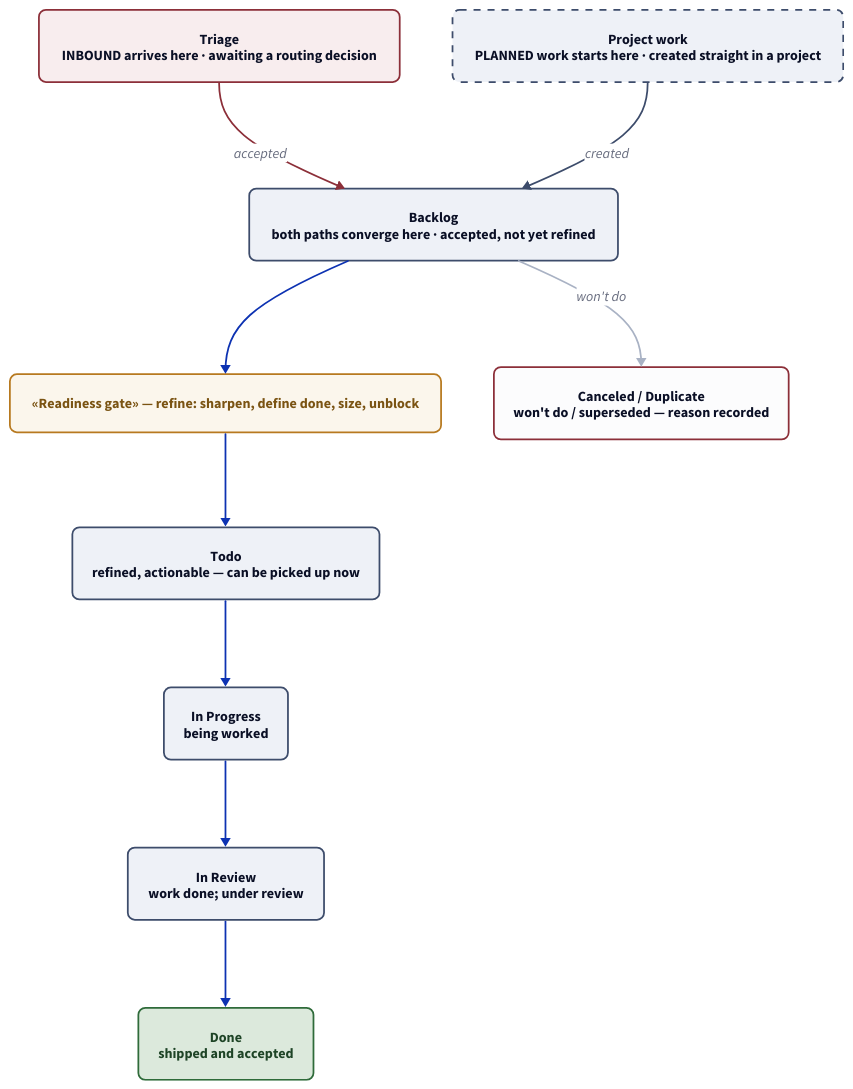
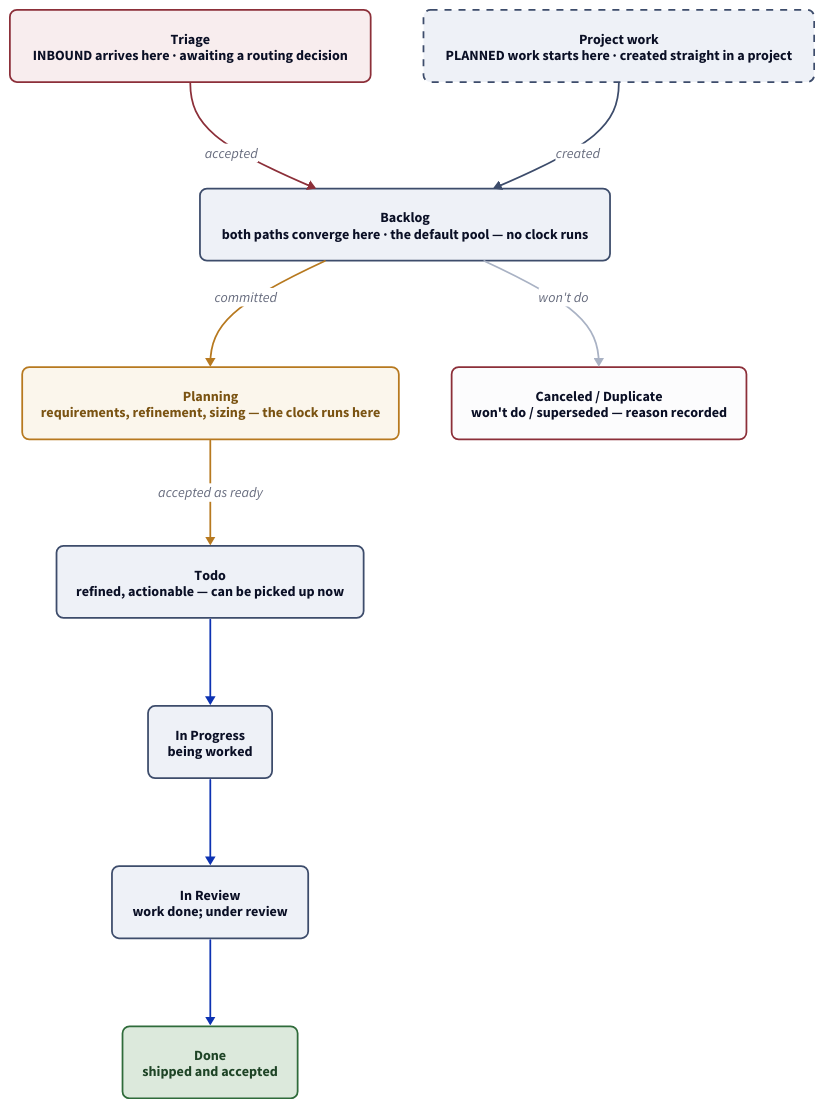
Before and after one commit to hungovercoders/linear-work-management: the diagram in docs/diagrams/issue-lifecycle.d2, drawn with D2. The commit also changed 6 other files, not shown here.

```diff
--- a/docs/diagrams/issue-lifecycle.d2
+++ b/docs/diagrams/issue-lifecycle.d2
@@ -1,53 +1,53 @@
 # Issue lifecycle: how one issue moves from arrival to done.
 # Shown on the Issues overview page as a committed SVG (see `task diagrams`).
 # Companion to project-lifecycle.d2. Flat + acyclic so the layout stays a clean vertical spine.
 # Triage's five outcomes live on the Triage page (triage-outcomes.d2), not here.
 
 direction: down
 
 # ---- two entry points, converging on Backlog ----
 # Triage is a state (inbound waits here for a decision); Project work is not a
 # state, just where planned work enters — shown dashed to mark it an entry, not a state.
 triage: "Triage\nINBOUND arrives here · awaiting a routing decision" {
   style: {fill: "#F8EDEE"; stroke: "#8C2F39"; border-radius: 8; bold: true}
 }
 projectwork: "Project work\nPLANNED work starts here · created straight in a project" {
   style: {fill: "#EEF1F7"; stroke: "#3D4C6B"; stroke-dash: 4; border-radius: 8; bold: true}
 }
 
-# ---- backlog: where both paths converge ----
-backlog: "Backlog\nboth paths converge here · accepted, not yet refined" {
+# ---- backlog: where both paths converge; the unmeasured pool ----
+backlog: "Backlog\nboth paths converge here · the default pool — no clock runs" {
   style: {fill: "#EEF1F7"; stroke: "#3D4C6B"; border-radius: 8; bold: true}
 }
 
-# ---- the readiness gate ----
-gate: "«Readiness gate» — refine: sharpen, define done, size, unblock" {
+# ---- planning: committed to work up; the clock runs here ----
+planning: "Planning\nrequirements, refinement, sizing — the clock runs here" {
   style: {fill: "#FBF6EC"; stroke: "#B7791F"; border-radius: 8; bold: true; font-color: "#7A5312"}
 }
 
 # ---- ready and moving ----
 todo: "Todo\nrefined, actionable — can be picked up now" {
   style: {fill: "#EEF1F7"; stroke: "#3D4C6B"; border-radius: 8; bold: true}
 }
 inprogress: "In Progress\nbeing worked" {
   style: {fill: "#EEF1F7"; stroke: "#3D4C6B"; border-radius: 8; bold: true}
 }
 inreview: "In Review\nwork done; under review" {
   style: {fill: "#EEF1F7"; stroke: "#3D4C6B"; border-radius: 8; bold: true}
 }
 
 # ---- closed ----
 done: "Done\nshipped and accepted" {
   style: {fill: "#DCE9DC"; stroke: "#2F6B3A"; border-radius: 8; bold: true; font-color: "#1E4426"}
 }
 dropped: "Canceled / Duplicate\nwon't do / superseded — reason recorded" {
   style: {fill: "#FCFCFD"; stroke: "#8C2F39"; border-radius: 8}
 }
 
 # ---- the spine (acyclic, top-to-bottom) ----
 triage -> backlog: accepted {style.stroke: "#8C2F39"}
 projectwork -> backlog: created {style.stroke: "#3D4C6B"}
-backlog -> gate
-gate -> todo
+backlog -> planning: committed {style.stroke: "#B7791F"}
+planning -> todo: accepted as ready {style.stroke: "#B7791F"}
 todo -> inprogress -> inreview -> done
 backlog -> dropped: won't do {style.stroke: "#A9B2C4"}
```
